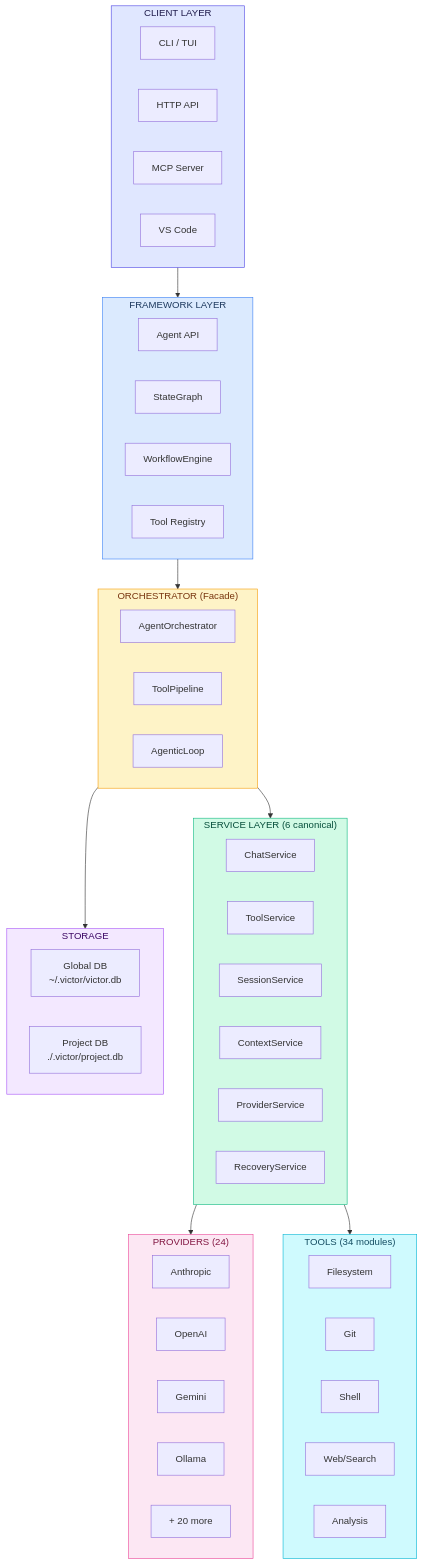
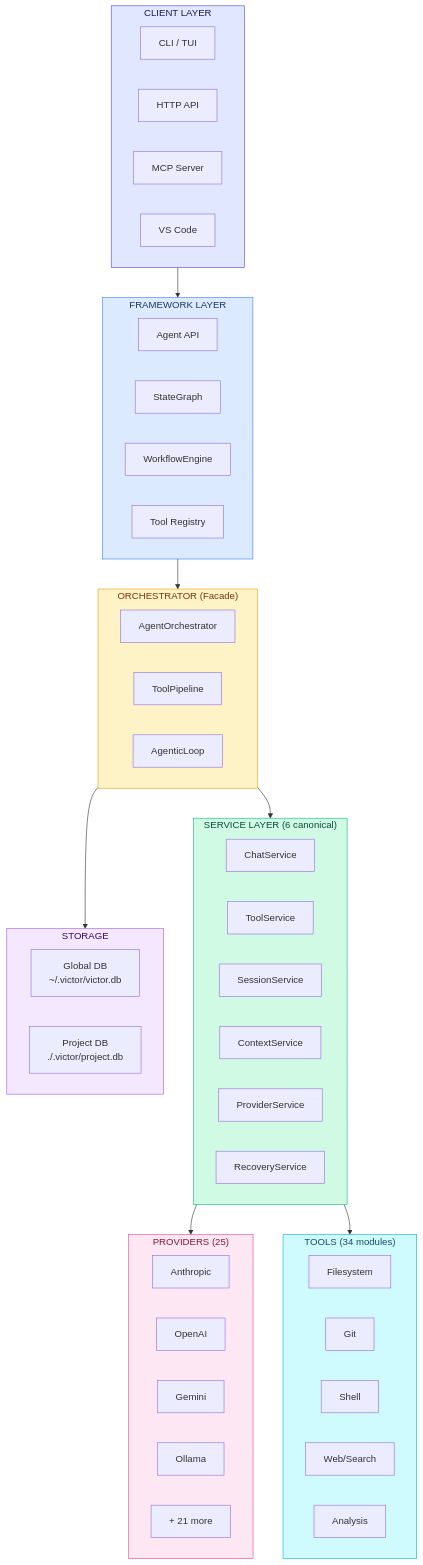
One commit to anvai-labs/victor changed the first of 15 diagrams in docs/architecture.md. Above: the diagram before and after it, drawn with Mermaid. The commit also changed other lines of this file and 104 other files, not shown here.

````diff
--- a/docs/architecture.md
+++ b/docs/architecture.md
@@ -35,67 +35,67 @@
 ```mermaid
 flowchart TB
     subgraph Clients["CLIENT LAYER"]
         CLI["CLI / TUI"]
         API["HTTP API"]
         MCP["MCP Server"]
         VSC["VS Code"]
     end
 
     subgraph Framework["FRAMEWORK LAYER"]
         Agent["Agent API"]
         SG["StateGraph"]
         WE["WorkflowEngine"]
         Tools["Tool Registry"]
     end
 
     subgraph Services["SERVICE LAYER (6 canonical)"]
         CS["ChatService"]
         TS["ToolService"]
         SS["SessionService"]
         CX["ContextService"]
         PS["ProviderService"]
         RS["RecoveryService"]
     end
 
     subgraph Orchestrator["ORCHESTRATOR (Facade)"]
         ORC["AgentOrchestrator"]
         TP["ToolPipeline"]
         AL["AgenticLoop"]
     end
 
-    subgraph Providers["PROVIDERS (24)"]
+    subgraph Providers["PROVIDERS (25)"]
         P1["Anthropic"]
         P2["OpenAI"]
         P3["Gemini"]
         P4["Ollama"]
-        P5["+ 20 more"]
+        P5["+ 21 more"]
     end
 
     subgraph ToolModules["TOOLS (34 modules)"]
         T1["Filesystem"]
         T2["Git"]
         T3["Shell"]
         T4["Web/Search"]
         T5["Analysis"]
     end
 
     subgraph StorageLayer["STORAGE"]
         GDB["Global DB\n~/.victor/victor.db"]
         PDB["Project DB\n./.victor/project.db"]
     end
 
     Clients --> Framework
     Framework --> Orchestrator
     Orchestrator --> Services
     Services --> Providers
     Services --> ToolModules
     Orchestrator --> StorageLayer
 
     style Clients fill:#e0e7ff,stroke:#4f46e5,color:#1e1b4b
     style Framework fill:#dbeafe,stroke:#3b82f6,color:#1e3a5f
     style Services fill:#d1fae5,stroke:#10b981,color:#064e3b
     style Orchestrator fill:#fef3c7,stroke:#f59e0b,color:#78350f
     style Providers fill:#fce7f3,stroke:#ec4899,color:#831843
     style ToolModules fill:#cffafe,stroke:#06b6d4,color:#164e63
     style StorageLayer fill:#f3e8ff,stroke:#a855f7,color:#3b0764
 ```
````
